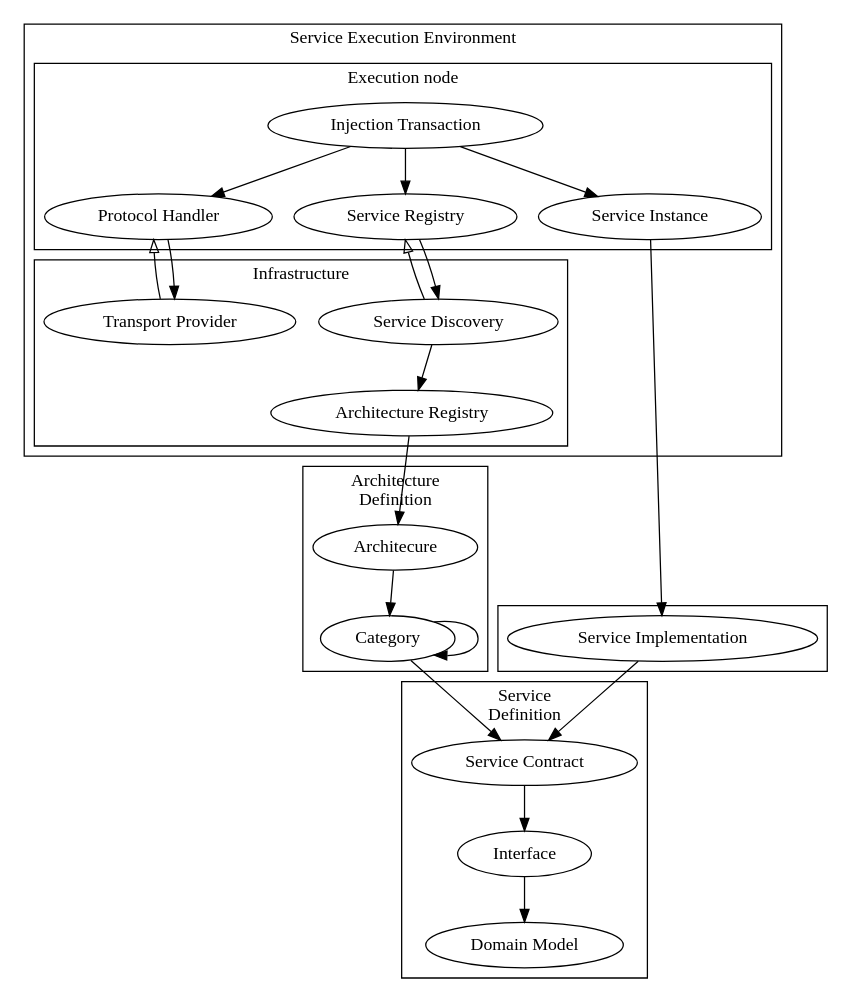
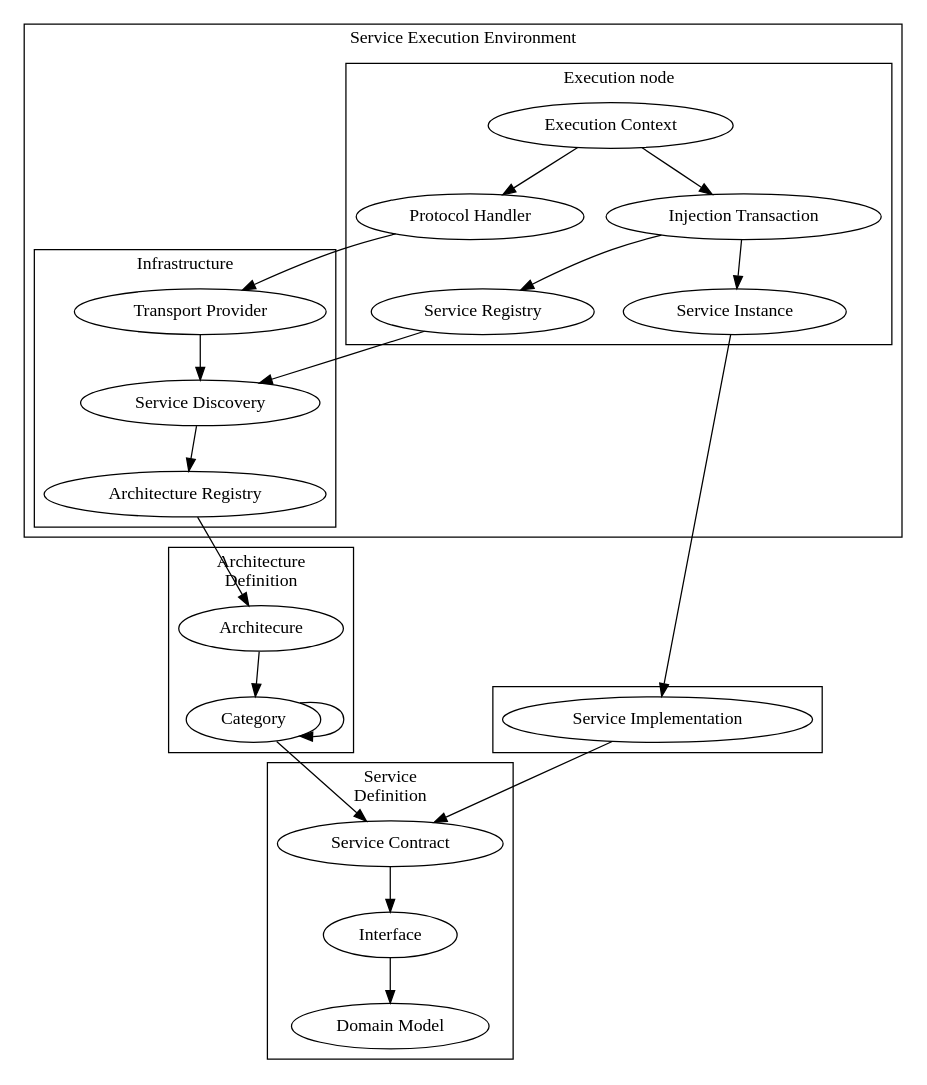
Before and after one commit to JohnnyZhang917/Service-Architecture-Model: the diagram in documentation/graph/see.dot, drawn with Graphviz. The commit also changed 121 other files, not shown here.

```diff
--- a/documentation/graph/see.dot
+++ b/documentation/graph/see.dot
@@ -1,61 +1,61 @@
 digraph see {
 subgraph clusterSEE {
 	label = "Service Execution Environment";
 	subgraph clusterSEENode {
 		label = "Execution node";
 		SI [label="Service Instance"];
 		PH [label="Protocol Handler"];
 		IT [label="Injection Transaction"];
+		EX [label="Execution Context"];
 		SIrec [label="Service Registry"];
 	}
 	subgraph clusterInfrastructure {
 		label = "Infrastructure";
 		AR [label="Architecture Registry"];
 		SD [label="Service Discovery"];
 		TP [label="Transport Provider"];
 	}
 }
 
 
 subgraph clusterServiceDefinition {
 	label = "Service\nDefinition";
 	SC [label="Service Contract"];
 	I [label="Interface"];
 	DM [label="Domain Model"];
 }
 subgraph clusterArchitectureDefinition {
 	label = "Architecture\nDefinition";
 	A [label="Architecure"];
 	C [label="Category"];
 }
 subgraph clusterServiceInstance {
 	SImpl [label="Service Implementation"];
 }
 
 
 SImpl -> SC;
 A -> C;
 C -> C;
 C -> SC;
 AR -> A;
 SC -> I;
 I -> DM;
 SI -> SImpl;
 
 
-
+EX -> IT;
+EX -> PH;
 IT -> SIrec;
 IT -> SI;
-IT -> PH;
-#PH -> IT [arrowhead="onormal"];
-#IT -> PH [arrowhead="onormal"];
-#PH -> IT;
+#IT -> PH;
 
 PH -> TP;
+SIrec -> SD;
 
-SIrec -> SD;
-SD -> SIrec [arrowhead="onormal"];
-TP -> PH [arrowhead="onormal"];
+#SD -> SIrec [arrowhead="onormal"];
+#TP -> PH [arrowhead="onormal"];
+TP -> SD;
 SD -> AR;
 
 }
```
